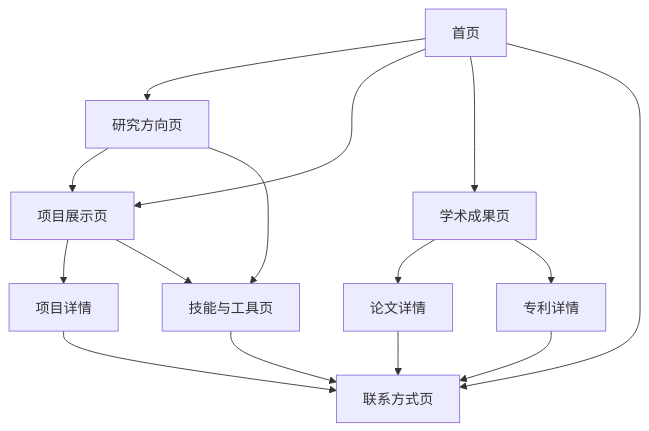
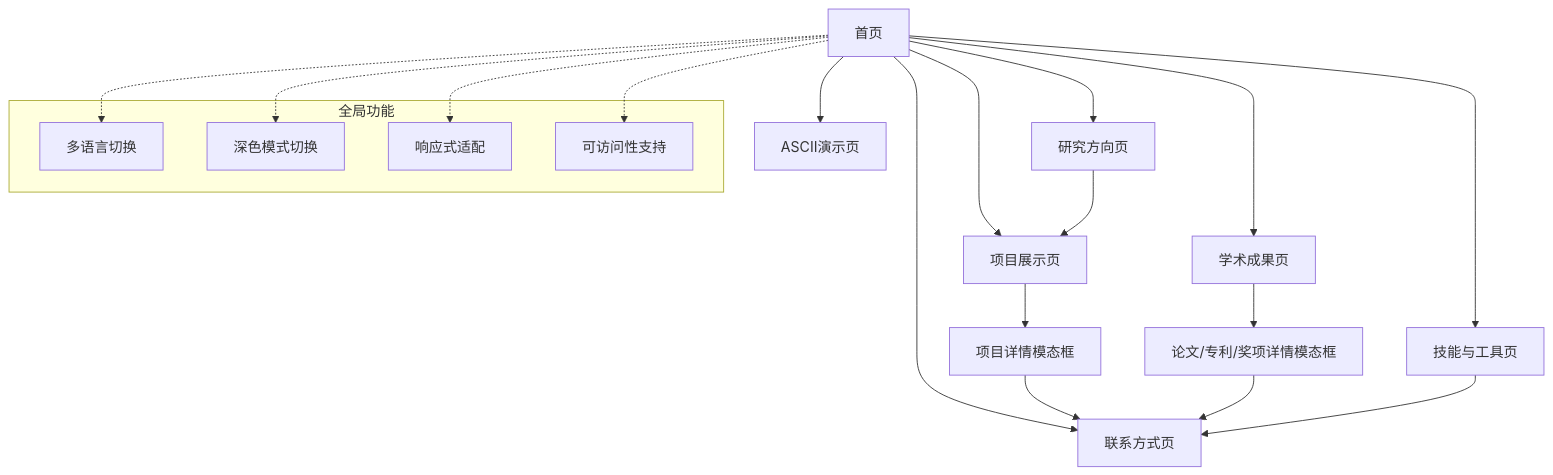
Before and after one commit to Pitohuie-AIversion/Zhaoyang_Master_personal_website_rebulid: the diagram in .trae/documents/昭阳个人网站产品需求文档.md, drawn with Mermaid. The commit also changed other lines of this file and 2 other files, not shown here.

````diff
--- a/.trae/documents/昭阳个人网站产品需求文档.md
+++ b/.trae/documents/昭阳个人网站产品需求文档.md
@@ -48,17 +61,29 @@
 ```mermaid
 graph TD
     A[首页] --> B[研究方向页]
     A --> C[项目展示页]
     A --> D[学术成果页]
+    A --> E[技能与工具页]
+    A --> F[联系方式页]
+    A --> G[ASCII演示页]
+    
     B --> C
-    C --> E[项目详情]
-    D --> F[论文详情]
-    D --> G[专利详情]
-    B --> H[技能与工具页]
-    C --> H
-    A --> I[联系方式页]
-    E --> I
-    F --> I
-    G --> I
-    H --> I
+    C --> H[项目详情模态框]
+    D --> I[论文/专利/奖项详情模态框]
+    
+    H --> F
+    I --> F
+    E --> F
+    
+    subgraph "全局功能"
+        J[多语言切换]
+        K[深色模式切换]
+        L[响应式适配]
+        M[可访问性支持]
+    end
+    
+    A -.-> J
+    A -.-> K
+    A -.-> L
+    A -.-> M
 ```
````
